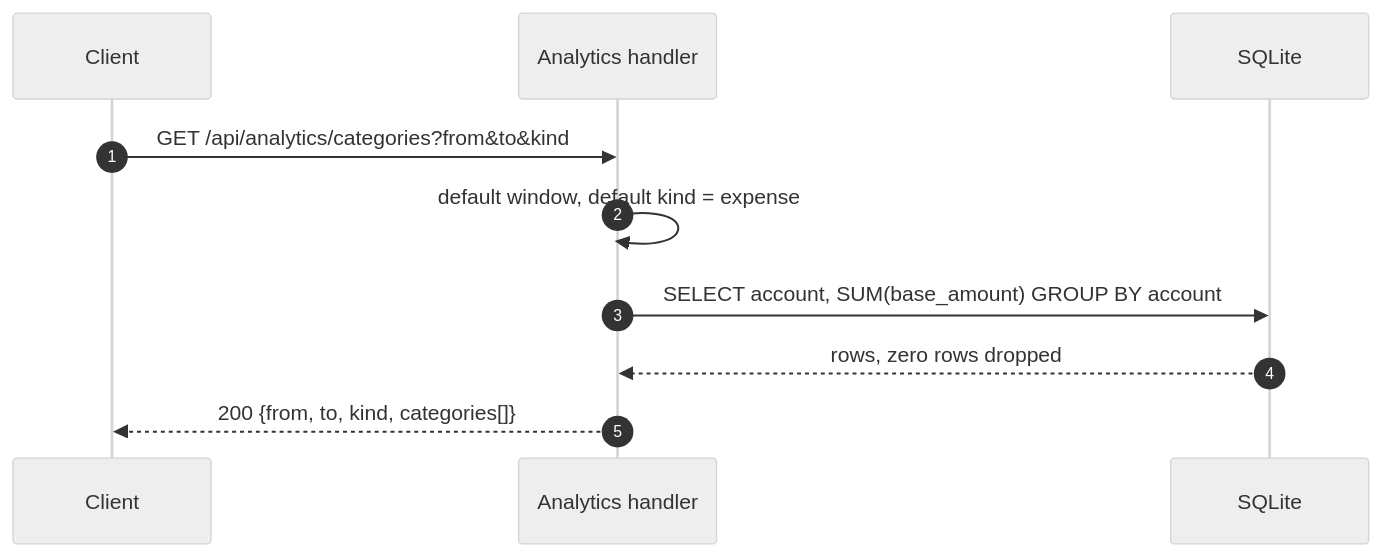
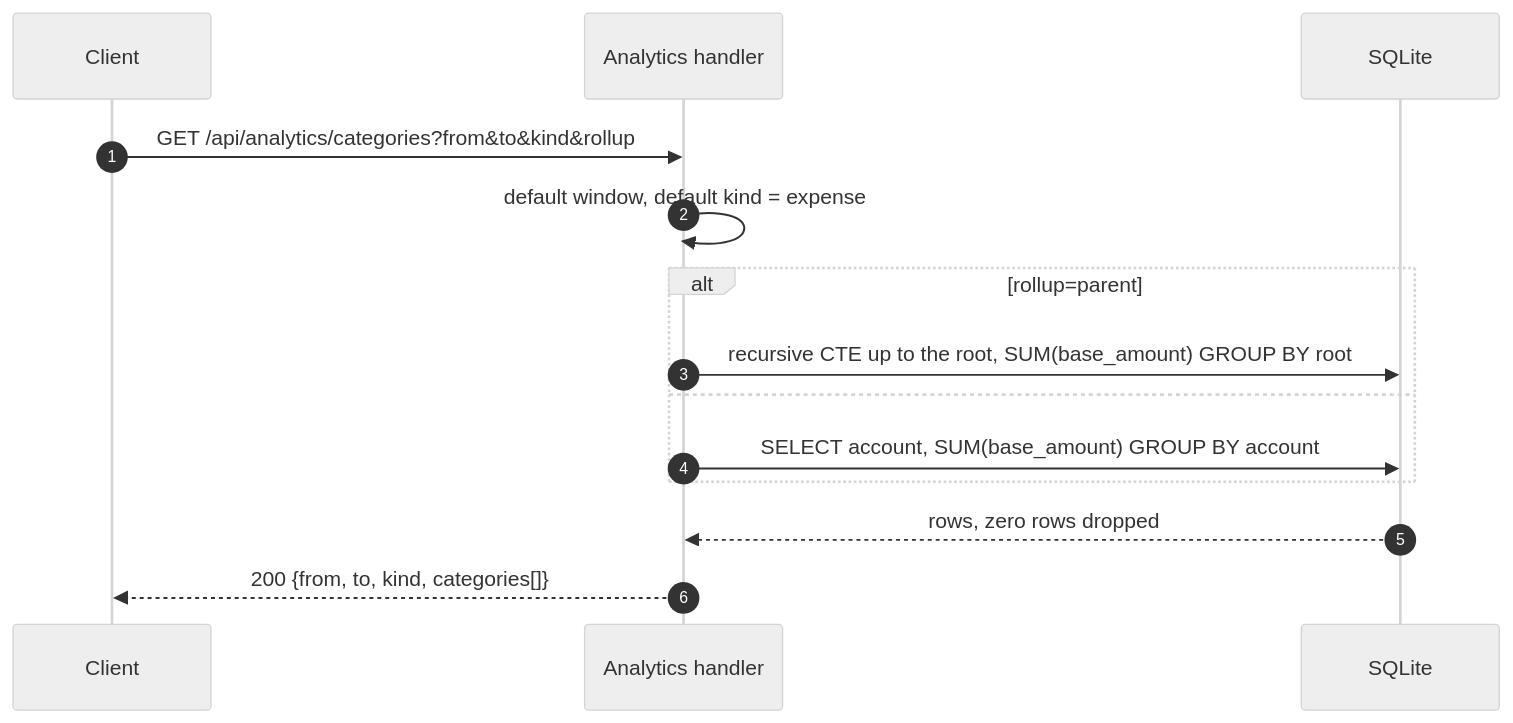
The diagram in docs/endpoints/GET_api_analytics_categories.md (dimasbaguspm/spenicle), drawn with Mermaid (neutral theme) before and after one commit. The commit also changed other lines of this file and 18 other files, not shown here.

````diff
--- a/docs/endpoints/GET_api_analytics_categories.md
+++ b/docs/endpoints/GET_api_analytics_categories.md
@@ -48,12 +56,16 @@
 ```mermaid
 sequenceDiagram
     autonumber
     participant C as Client
     participant H as Analytics handler
     participant DB as SQLite
-    C->>H: GET /api/analytics/categories?from&to&kind
+    C->>H: GET /api/analytics/categories?from&to&kind&rollup
     H->>H: default window, default kind = expense
-    H->>DB: SELECT account, SUM(base_amount) GROUP BY account
+    alt rollup=parent
+        H->>DB: recursive CTE up to the root, SUM(base_amount) GROUP BY root
+    else
+        H->>DB: SELECT account, SUM(base_amount) GROUP BY account
+    end
     DB-->>H: rows, zero rows dropped
     H-->>C: 200 {from, to, kind, categories[]}
 ```
````
